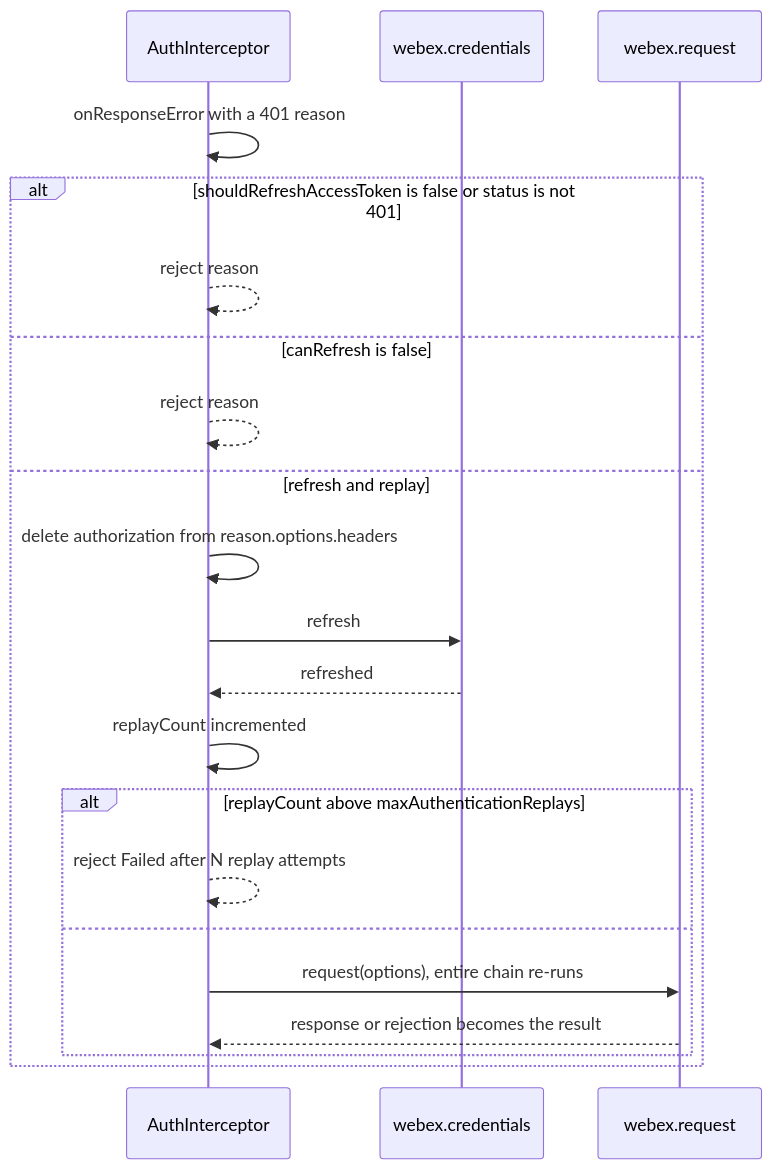
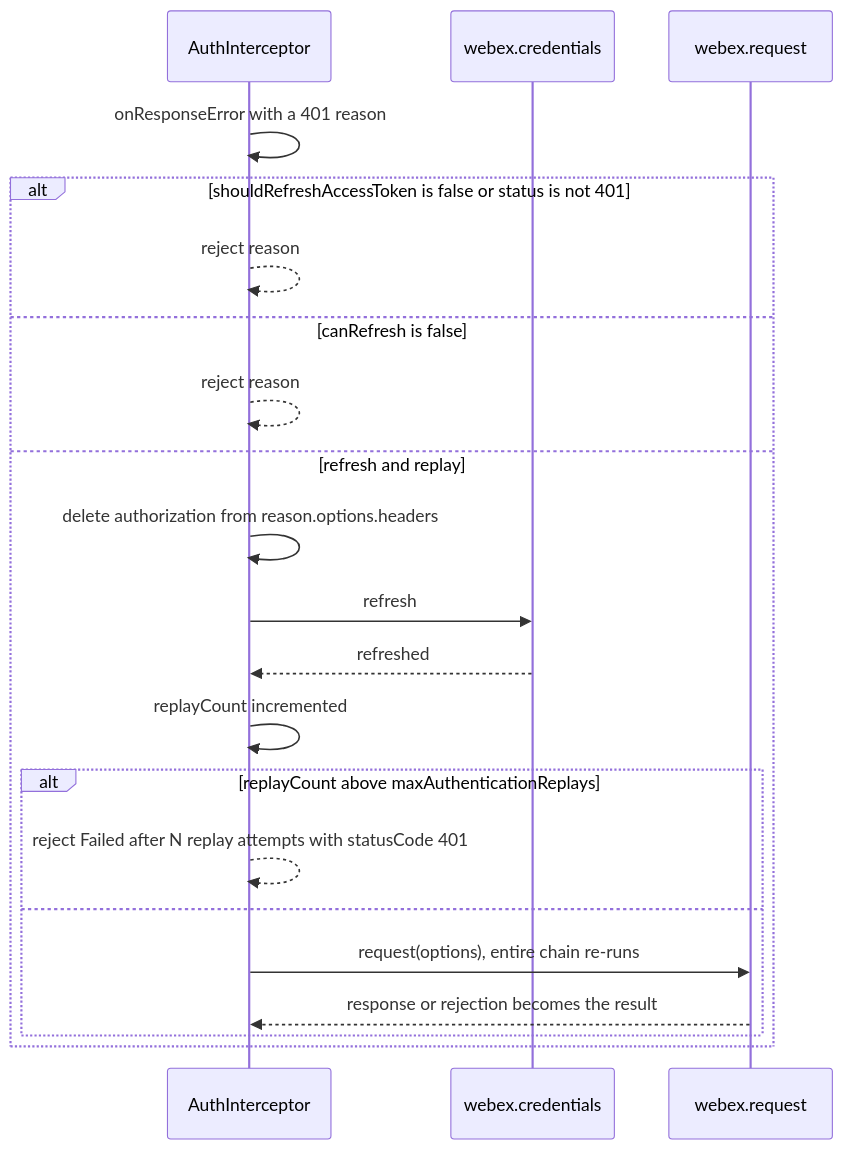
The third of 5 diagrams in packages/@webex/webex-core/src/interceptors/docs/README.md (webex/webex-js-sdk), drawn with Mermaid before and after one commit. The commit also changed other lines of this file and 31 other files, not shown here.

````diff
--- a/packages/@webex/webex-core/src/interceptors/docs/README.md
+++ b/packages/@webex/webex-core/src/interceptors/docs/README.md
@@ -354,23 +354,23 @@
 ```mermaid
 sequenceDiagram
   participant A as AuthInterceptor
   participant C as webex.credentials
   participant W as webex.request
   A->>A: onResponseError with a 401 reason
   alt shouldRefreshAccessToken is false or status is not 401
     A-->>A: reject reason
   else canRefresh is false
     A-->>A: reject reason
   else refresh and replay
     A->>A: delete authorization from reason.options.headers
     A->>C: refresh
     C-->>A: refreshed
     A->>A: replayCount incremented
     alt replayCount above maxAuthenticationReplays
-      A-->>A: reject Failed after N replay attempts
+      A-->>A: reject Failed after N replay attempts with statusCode 401
     else
       A->>W: request(options), entire chain re-runs
       W-->>A: response or rejection becomes the result
     end
   end
 ```
````
